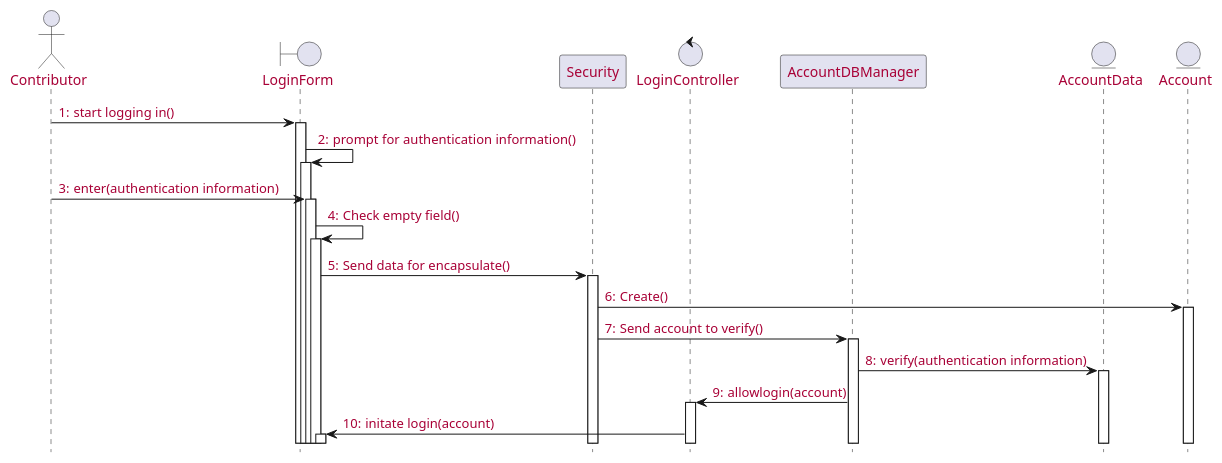
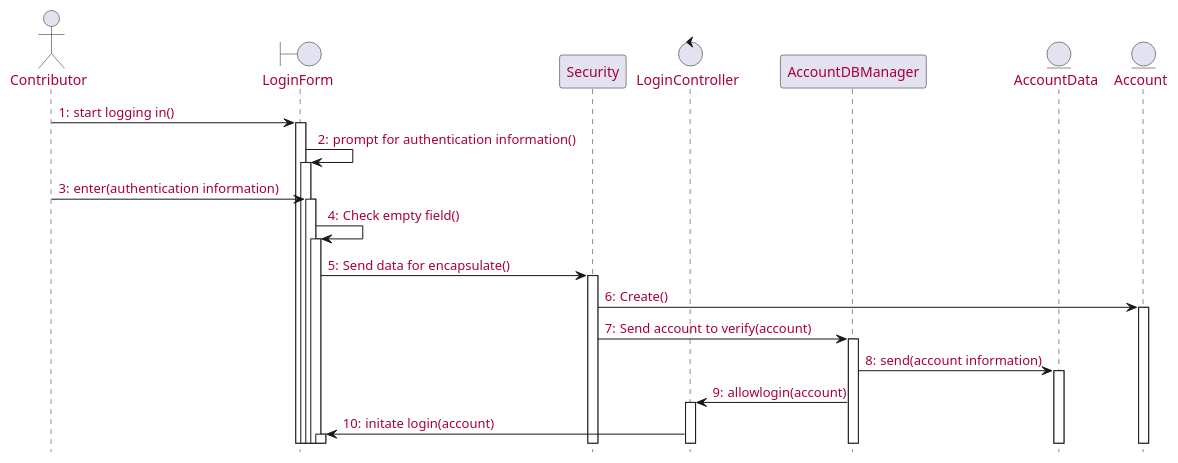
The first of 6 diagrams in source/solution/use-case-design.rst (McSinyx/ipppi), drawn with PlantUML before and after one commit. The commit also changed other lines of this file, not shown here.

```diff
--- a/source/solution/use-case-design.rst
+++ b/source/solution/use-case-design.rst
@@ -19,25 +19,25 @@
 .. uml::
 
    skinparam defaultFontColor #a80036
    autonumber "#:"
    autoactivate on
    hide footbox
 
    actor Contributor
    boundary LoginForm
    participant Security as S
    control LoginController
    participant AccountDBManager as D
    entity AccountData
    entity Account
 
    Contributor -> LoginForm: start logging in()
    LoginForm -> LoginForm: prompt for authentication information()
    Contributor -> LoginForm: enter(authentication information)   
    LoginForm -> LoginForm: Check empty field()
    LoginForm -> S: Send data for encapsulate()
    S -> Account: Create()
-   S -> D: Send account to verify()
-   D -> AccountData: verify(authentication information)
+   S -> D: Send account to verify(account)
+   D -> AccountData: send(account information)
    D -> LoginController: allowlogin(account)
    LoginController -> LoginForm: initate login(account) 
```
